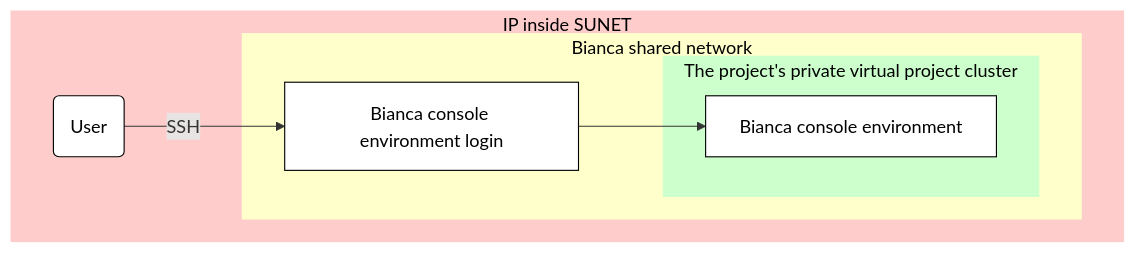
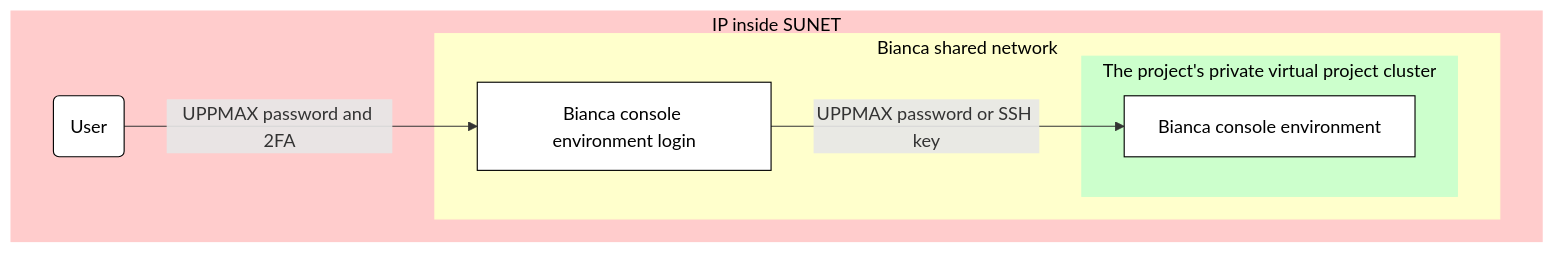
The fifth of 6 diagrams in docs/getting_started/login_bianca.md (UPPMAX/UPPMAX-documentation), drawn with Mermaid before and after one commit. The commit also changed other lines of this file, not shown here.

Commit message:
Show type of info needed

````diff
--- a/docs/getting_started/login_bianca.md
+++ b/docs/getting_started/login_bianca.md
@@ -527,29 +527,29 @@
 ```mermaid
 flowchart TD
 
     %% Give a white background, instead of a transparent one
     classDef node fill:#fff,color:#000,stroke:#000
 
     subgraph sub_inside[IP inside SUNET]
 
       user(User)
 
       subgraph sub_bianca_shared_env[Bianca shared network]
-        bianca_shared_console[Bianca console environment login]:::no_focus_node
+        bianca_shared_console[Bianca console environment login]
         subgraph sub_bianca_private_env[The project's private virtual project cluster]
           bianca_private_console[Bianca console environment]
         end
       end
     end
 
     %% Shared subgraph color scheme
     %% style sub_outside fill:#ccc,color:#000,stroke:#ccc
     style sub_inside fill:#fcc,color:#000,stroke:#fcc
     style sub_bianca_shared_env fill:#ffc,color:#000,stroke:#ffc
     style sub_bianca_private_env fill:#cfc,color:#000,stroke:#cfc
 
     %% Inside SUNET
-    user-->|SSH|bianca_shared_console
+    user-->|UPPMAX password and 2FA|bianca_shared_console
 
-    bianca_shared_console --> bianca_private_console
+    bianca_shared_console --> |UPPMAX password or SSH key|bianca_private_console
 ```
````
